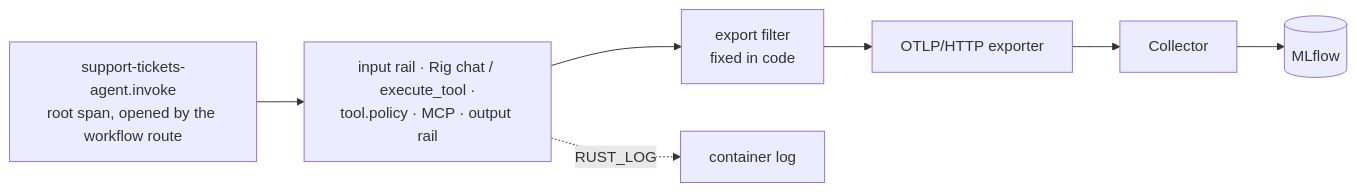
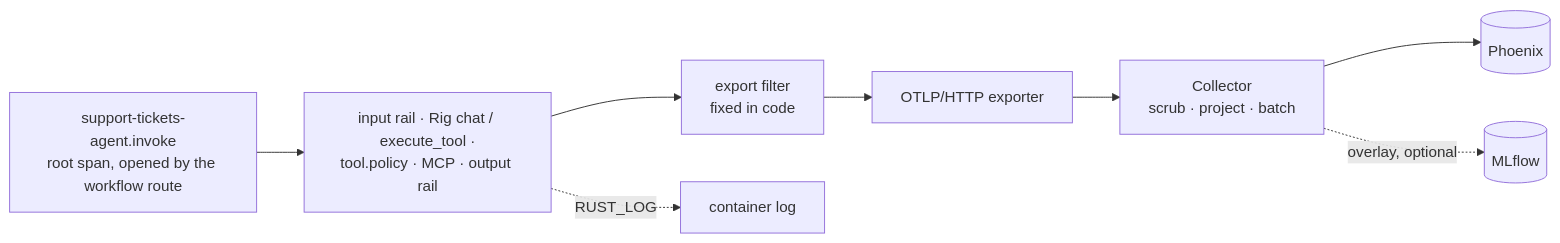
Before and after one commit to cognokratos/simple-agent-template: the diagram in docs/tutorials/06-debug-with-traces.md, drawn with Mermaid. The commit also changed other lines of this file and 21 other files, not shown here.

````diff
--- a/docs/tutorials/06-debug-with-traces.md
+++ b/docs/tutorials/06-debug-with-traces.md
@@ -137,7 +143,8 @@
 ```mermaid
 flowchart LR
     ROOT["support-tickets-agent.invoke<br/>root span, opened by the workflow route"] --> SP["input rail · Rig chat / execute_tool ·<br/>tool.policy · MCP · output rail"]
     SP --> FILT["export filter<br/>fixed in code"] --> EXP[OTLP/HTTP exporter]
-    EXP --> COL[Collector] --> ML[(MLflow)]
+    EXP --> COL["Collector<br/>scrub · project · batch"] --> PH[(Phoenix)]
+    COL -.->|"overlay, optional"| ML[(MLflow)]
     SP -.->|"RUST_LOG"| LOG[container log]
 ```
````
